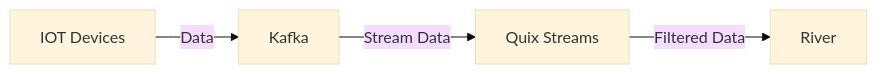
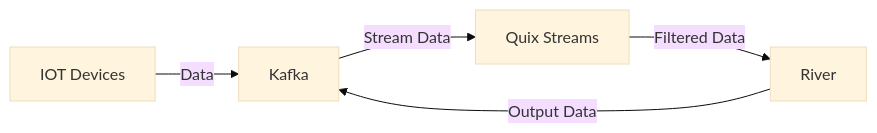
One commit to deepblue597/beaver changed the diagram in README.md. Above: the diagram before and after it, drawn with Mermaid (base theme).

Commit message:
update mermaid diagram

````diff
--- a/README.md
+++ b/README.md
@@ -277,6 +277,7 @@
 ```mermaid
 graph LR
     IOT[IOT Devices] -->|Data| Kafka
     Kafka -->|Stream Data| Quix[Quix Streams]
     Quix -->|Filtered Data| River
+    River -->|Output Data| Kafka
 ```
````
